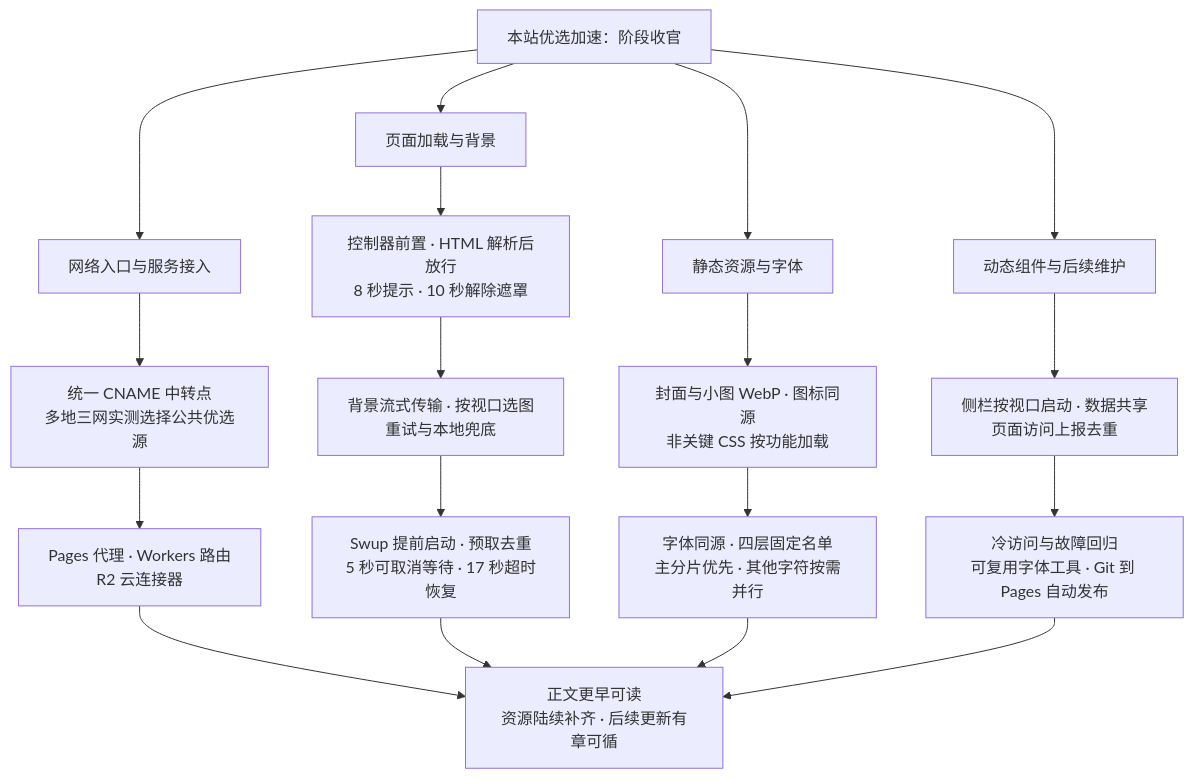
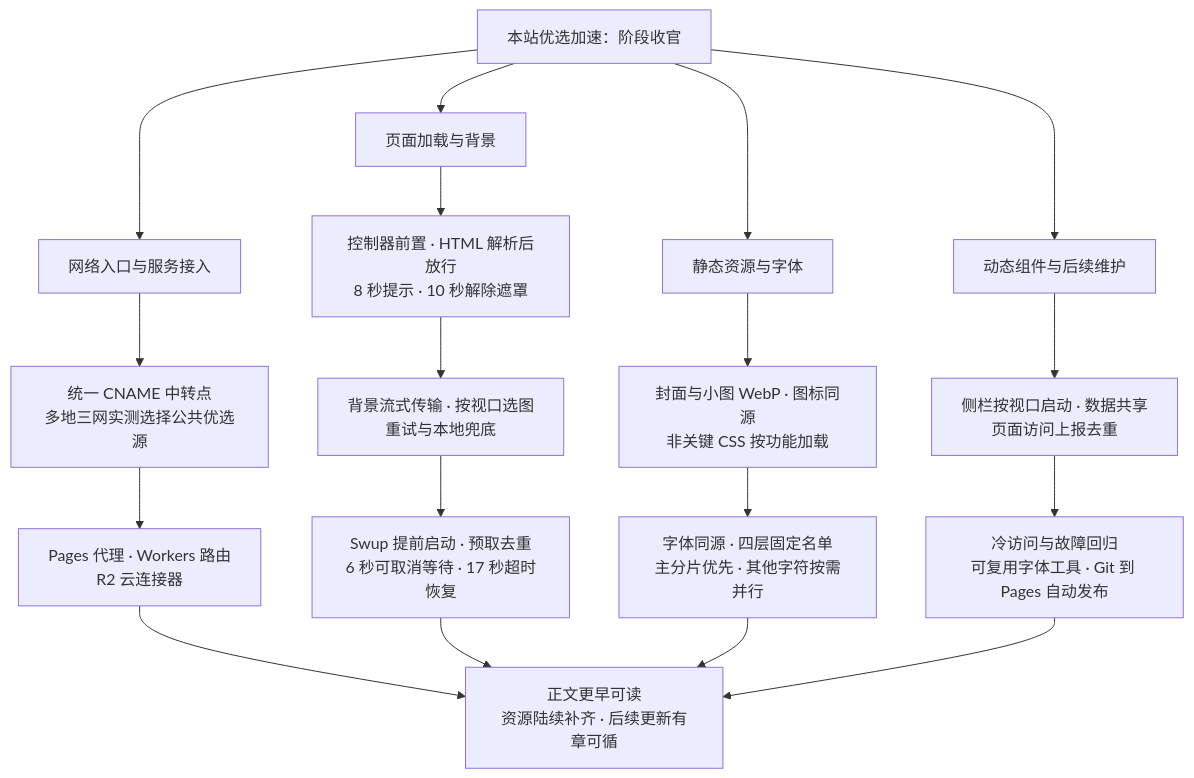
One commit to ElliottZhao666666/ybjun-blog changed the second of 2 diagrams in src/content/posts/blog-accelrate-pt3/index.md. Above: the diagram before and after it, drawn with Mermaid. The commit also changed other lines of this file and 3 other files, not shown here.

````diff
--- a/src/content/posts/blog-accelrate-pt3/index.md
+++ b/src/content/posts/blog-accelrate-pt3/index.md
@@ -555,26 +555,26 @@
 ```mermaid
 flowchart TB
     A[本站优选加速：阶段收官]
 
     A --> B[网络入口与服务接入]
     B --> B1[统一 CNAME 中转点<br/>多地三网实测选择公共优选源]
     B1 --> B2[Pages 代理 · Workers 路由<br/>R2 云连接器]
 
     A --> C[页面加载与背景]
     C --> C1[控制器前置 · HTML 解析后放行<br/>8 秒提示 · 10 秒解除遮罩]
     C1 --> C2[背景流式传输 · 按视口选图<br/>重试与本地兜底]
-    C2 --> C3[Swup 提前启动 · 预取去重<br/>5 秒可取消等待 · 17 秒超时恢复]
+    C2 --> C3[Swup 提前启动 · 预取去重<br/>6 秒可取消等待 · 17 秒超时恢复]
 
     A --> D[静态资源与字体]
     D --> D1[封面与小图 WebP · 图标同源<br/>非关键 CSS 按功能加载]
     D1 --> D2[字体同源 · 四层固定名单<br/>主分片优先 · 其他字符按需并行]
 
     A --> E[动态组件与后续维护]
     E --> E1[侧栏按视口启动 · 数据共享<br/>页面访问上报去重]
     E1 --> E2[冷访问与故障回归<br/>可复用字体工具 · Git 到 Pages 自动发布]
 
     B2 --> Z[正文更早可读<br/>资源陆续补齐 · 后续更新有章可循]
     C3 --> Z
     D2 --> Z
     E2 --> Z
 ```
````
